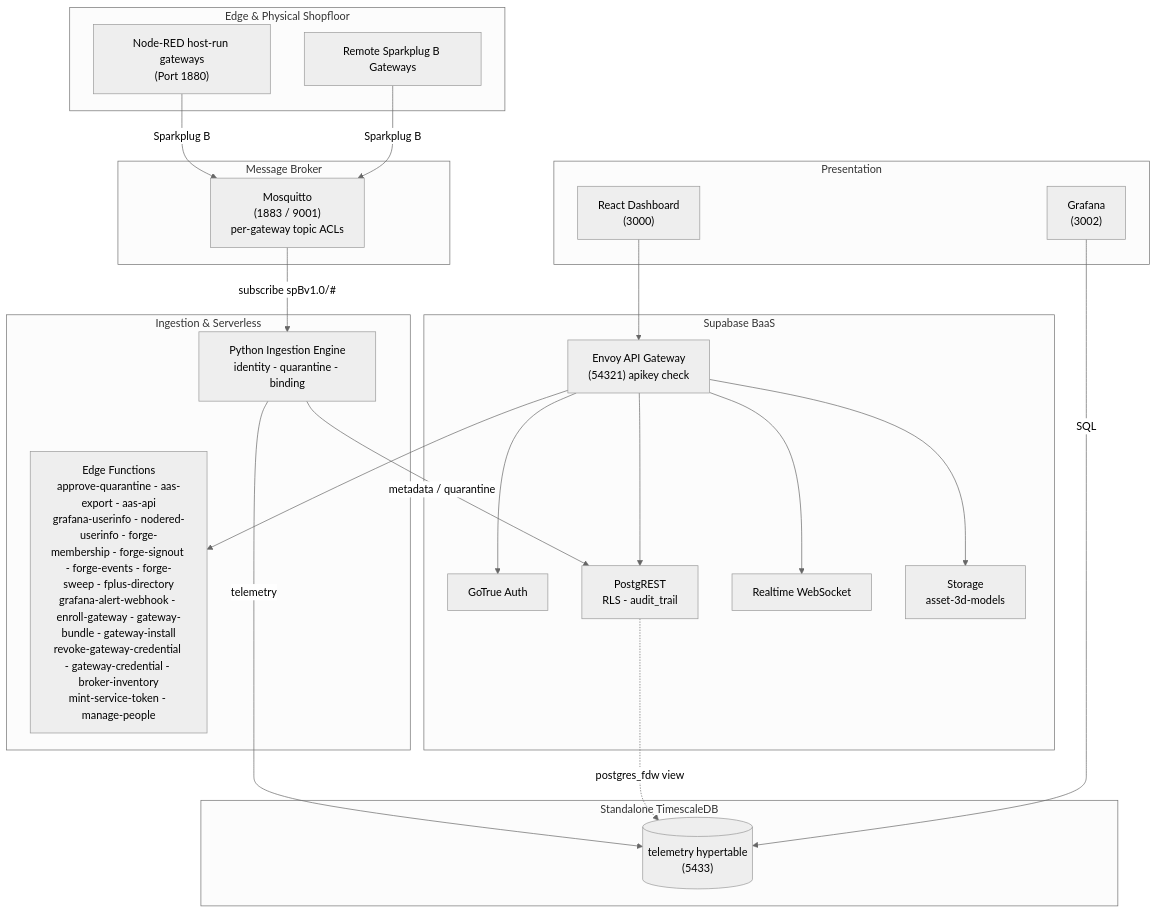
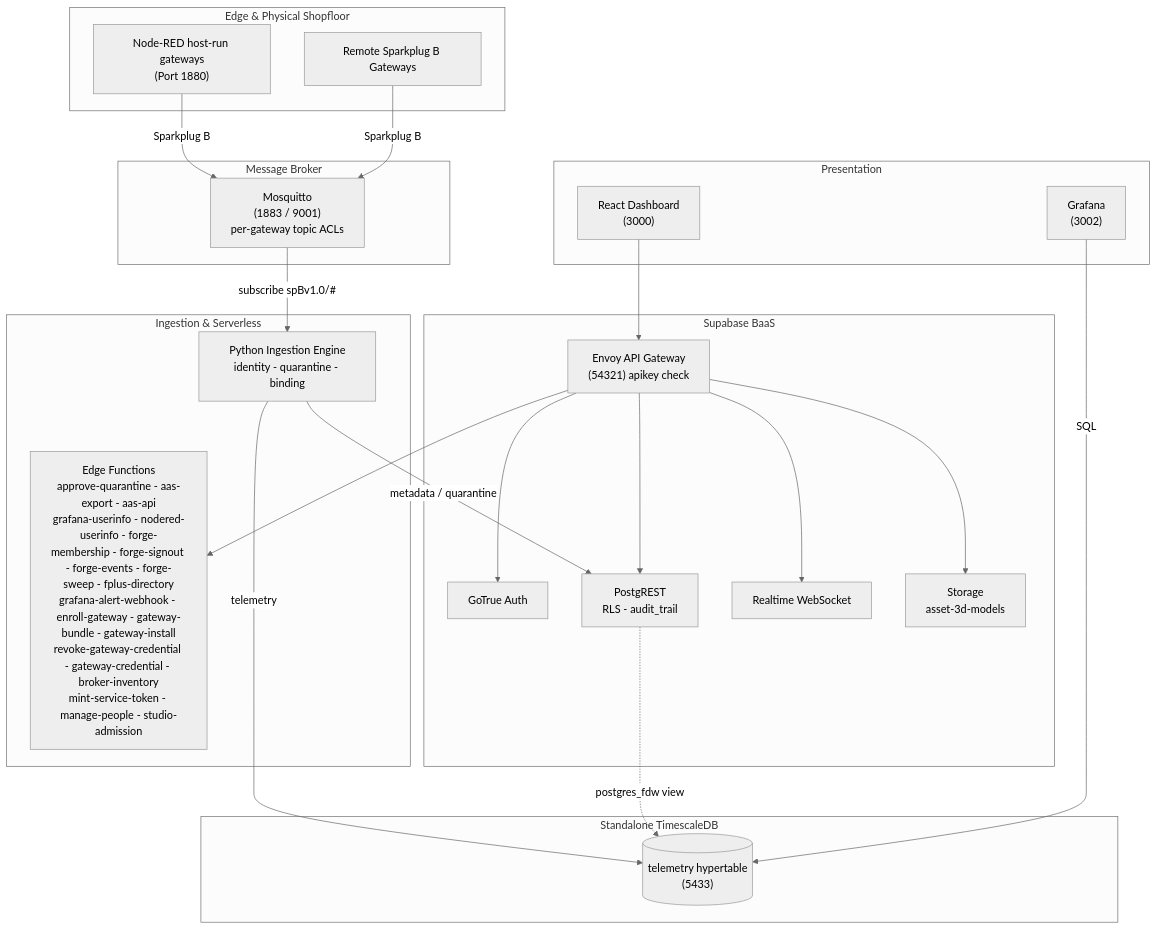
The diagram in docs/architecture.md (Harri-Llewelyn/Aber), drawn with Mermaid (neutral theme) before and after one commit. The commit also changed other lines of this file and 21 other files, not shown here.

````diff
--- a/docs/architecture.md
+++ b/docs/architecture.md
@@ -26,47 +26,47 @@
 ```mermaid
 flowchart TB
     subgraph Edge ["Edge & Physical Shopfloor"]
         NR["Node-RED host-run gateways<br/>(Port 1880)"]
         DEV["Remote Sparkplug B Gateways"]
     end
 
     subgraph Messaging ["Message Broker"]
         MQTT["Mosquitto<br/>(1883 / 9001)<br/>per-gateway topic ACLs"]
     end
 
     subgraph Processing ["Ingestion & Serverless"]
         ING["Python Ingestion Engine<br/>identity - quarantine - binding"]
-        EF["Edge Functions<br/>approve-quarantine - aas-export - aas-api<br/>grafana-userinfo - nodered-userinfo - forge-membership - forge-signout - forge-events - forge-sweep - fplus-directory<br/>grafana-alert-webhook - enroll-gateway - gateway-bundle - gateway-install<br/>revoke-gateway-credential - gateway-credential - broker-inventory<br/>mint-service-token - manage-people"]
+        EF["Edge Functions<br/>approve-quarantine - aas-export - aas-api<br/>grafana-userinfo - nodered-userinfo - forge-membership - forge-signout - forge-events - forge-sweep - fplus-directory<br/>grafana-alert-webhook - enroll-gateway - gateway-bundle - gateway-install<br/>revoke-gateway-credential - gateway-credential - broker-inventory<br/>mint-service-token - manage-people - studio-admission"]
     end
 
     subgraph Supabase ["Supabase BaaS"]
         GW["Envoy API Gateway<br/>(54321) apikey check"]
         AUTH["GoTrue Auth"]
         PGRST["PostgREST<br/>RLS - audit_trail"]
         RT["Realtime WebSocket"]
         STO["Storage<br/>asset-3d-models"]
     end
 
     subgraph TSDB ["Standalone TimescaleDB"]
         TS[("telemetry hypertable<br/>(5433)")]
     end
 
     subgraph UX ["Presentation"]
         UI["React Dashboard<br/>(3000)"]
         GRAF["Grafana<br/>(3002)"]
     end
 
     NR -->|Sparkplug B| MQTT
     DEV -->|Sparkplug B| MQTT
     MQTT -->|subscribe spBv1.0/#| ING
     ING -->|metadata / quarantine| PGRST
     ING -->|telemetry| TS
     UI --> GW
     GW --> AUTH
     GW --> PGRST
     GW --> RT
     GW --> STO
     GW --> EF
     PGRST -.->|postgres_fdw view| TS
     GRAF -->|SQL| TS
 ```
````
